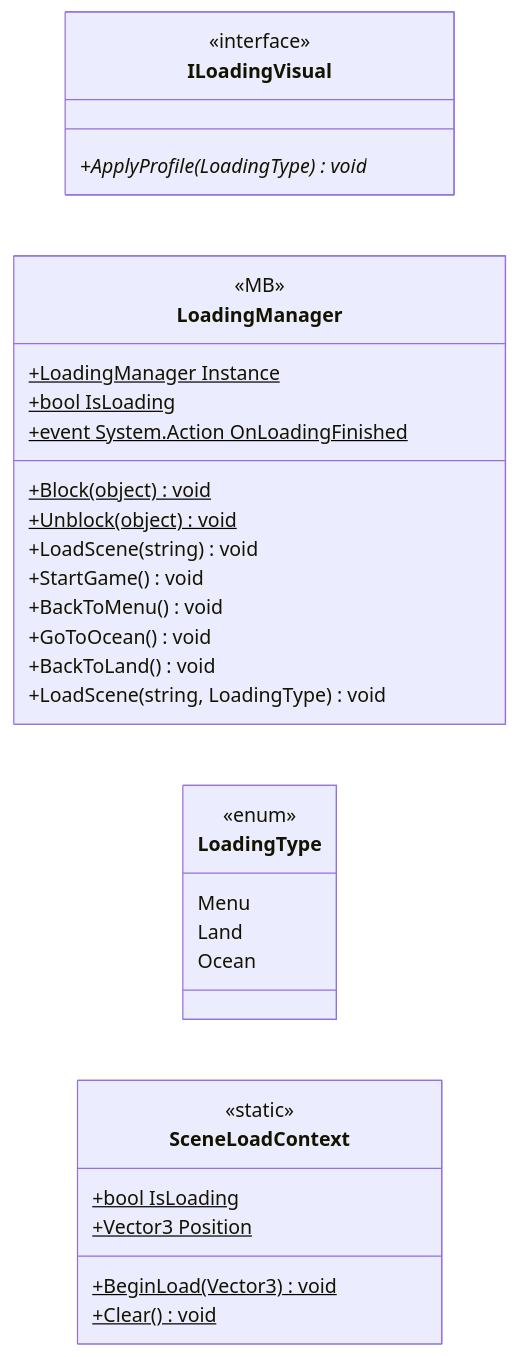
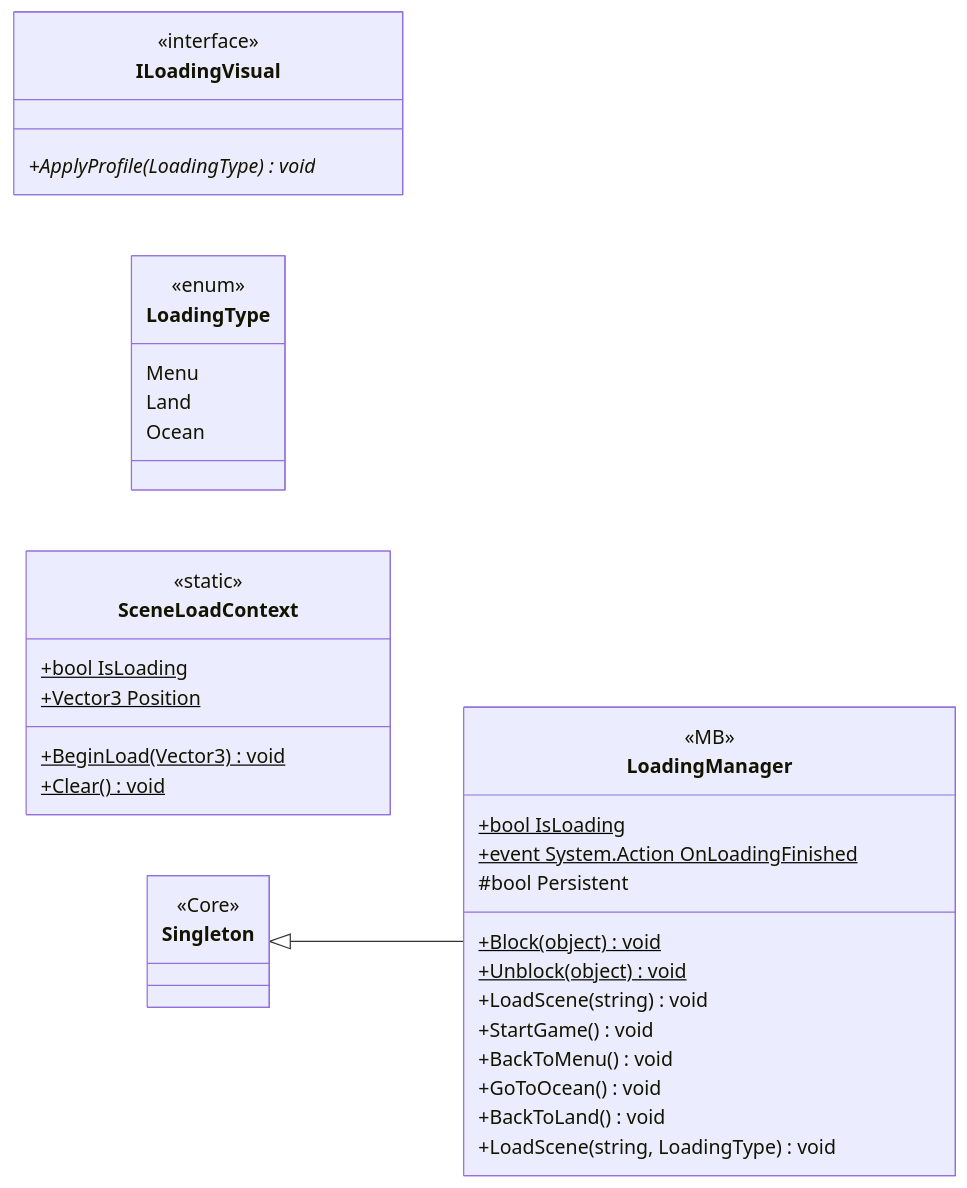
Before and after one commit to PhumipatWave/project-ocean: the diagram in docs/uml/modules/Core_Scenes.md, drawn with Mermaid. The commit also changed other lines of this file and 71 other files, not shown here.

Commit message:
Update UML diagrams

````diff
--- a/docs/uml/modules/Core_Scenes.md
+++ b/docs/uml/modules/Core_Scenes.md
@@ -7,35 +7,39 @@
 ```mermaid
 classDiagram
   direction LR
   class ILoadingVisual {
     <<interface>>
     +ApplyProfile(LoadingType)* void
   }
   class LoadingManager {
     <<MB>>
-    +LoadingManager Instance$
     +bool IsLoading$
     +event System.Action OnLoadingFinished$
+    #bool Persistent
     +Block(object)$ void
     +Unblock(object)$ void
     +LoadScene(string) void
     +StartGame() void
     +BackToMenu() void
     +GoToOcean() void
     +BackToLand() void
     +LoadScene(string, LoadingType) void
   }
   class LoadingType {
     <<enum>>
     Menu
     Land
     Ocean
   }
   class SceneLoadContext {
     <<static>>
     +bool IsLoading$
     +Vector3 Position$
     +BeginLoad(Vector3)$ void
     +Clear()$ void
   }
+  class Singleton {
+    <<Core>>
+  }
+  Singleton <|-- LoadingManager
 ```
````
